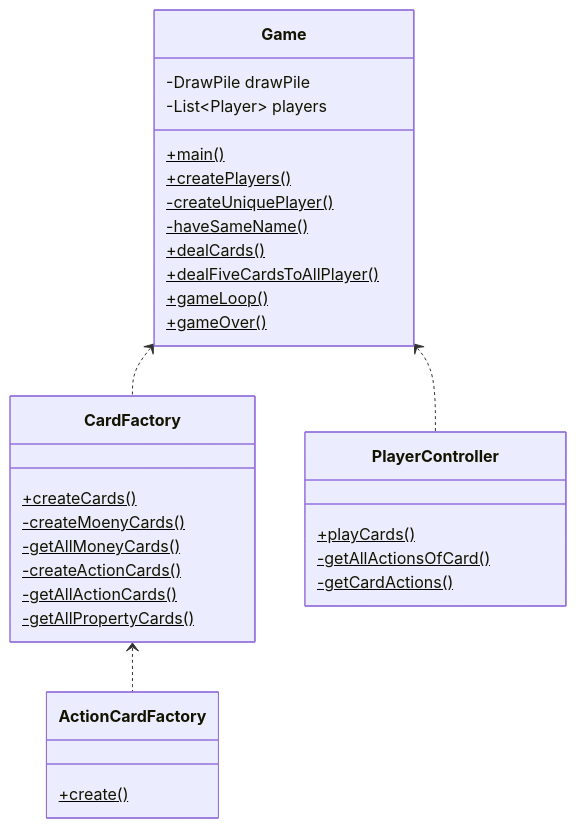
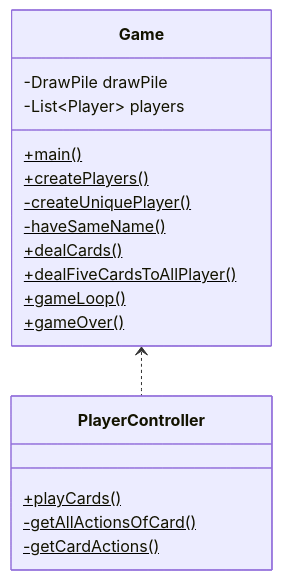
The second of 4 diagrams in README.md (KelvinQiu802/comp2004), drawn with Mermaid before and after one commit. The commit also changed 8 other files, not shown here.

````diff
--- a/README.md
+++ b/README.md
@@ -68,38 +68,23 @@
 ```mermaid
 classDiagram
-	Game <.. CardFactory
 	Game <.. PlayerController
-	CardFactory <.. ActionCardFactory
 	
 	class Game{
 		-DrawPile drawPile
 		-List~Player~ players
 		+main()$
 		+createPlayers()$
 		-createUniquePlayer()$
 		-haveSameName()$
 		+dealCards()$
 		+dealFiveCardsToAllPlayer()$
 		+gameLoop()$
 		+gameOver()$
 	}
 	
-	class CardFactory{
-		+createCards()$
-		-createMoenyCards()$
-		-getAllMoneyCards()$
-		-createActionCards()$
-		-getAllActionCards()$
-		-getAllPropertyCards()$
-	}
-	
-	class ActionCardFactory{
-		+create()$
-	}
-	
 	class PlayerController {
 		+playCards()$
 		-getAllActionsOfCard()$
 		-getCardActions()$
 	}
 ```
````
